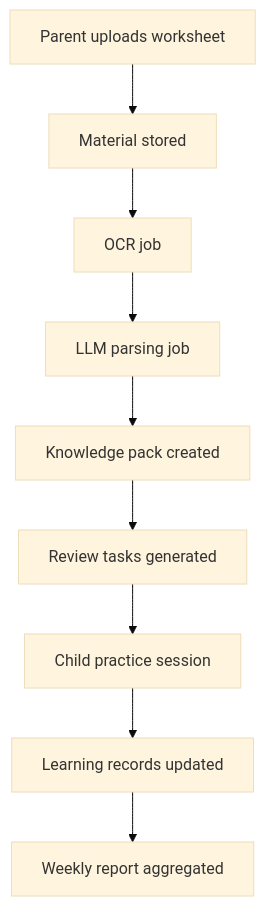
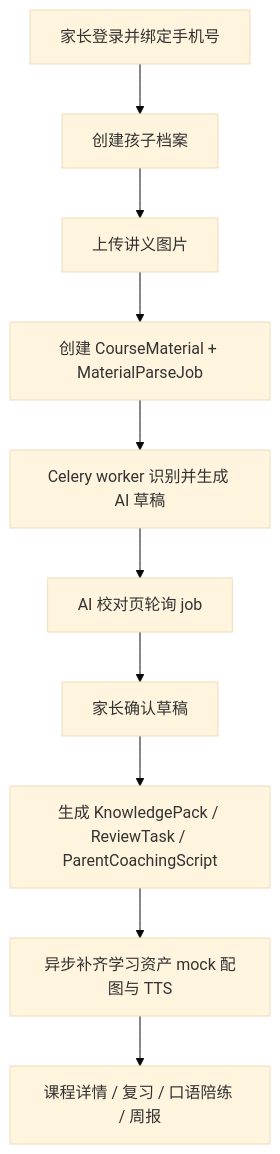
Before and after one commit to anbulang/LearningEnglish: the second of 2 diagrams in docs/architecture/overview.md, drawn with Mermaid (base theme). The commit also changed other lines of this file and 30 other files, not shown here.

````diff
--- a/docs/architecture/overview.md
+++ b/docs/architecture/overview.md
@@ -23,11 +23,12 @@
 ```mermaid
 flowchart TD
-    A["Parent uploads worksheet"] --> B["Material stored"]
-    B --> C["OCR job"]
-    C --> D["LLM parsing job"]
-    D --> E["Knowledge pack created"]
-    E --> F["Review tasks generated"]
-    F --> G["Child practice session"]
-    G --> H["Learning records updated"]
-    H --> I["Weekly report aggregated"]
+    A["家长登录并绑定手机号"] --> B["创建孩子档案"]
+    B --> C["上传讲义图片"]
+    C --> D["创建 CourseMaterial + MaterialParseJob"]
+    D --> E["Celery worker 识别并生成 AI 草稿"]
+    E --> F["AI 校对页轮询 job"]
+    F --> G["家长确认草稿"]
+    G --> H["生成 KnowledgePack / ReviewTask / ParentCoachingScript"]
+    H --> I["异步补齐学习资产 mock 配图与 TTS"]
+    I --> J["课程详情 / 复习 / 口语陪练 / 周报"]
 ```
````
